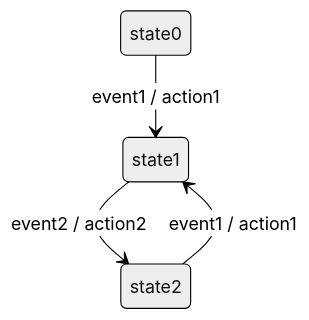
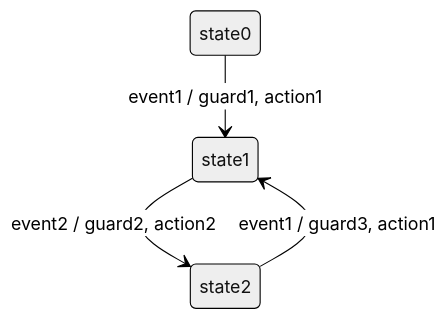
Before and after one commit to xorz57/StateMachine: the diagram in README.md, drawn with Mermaid (neutral theme). The commit also changed other lines of this file, not shown here.

````diff
--- a/README.md
+++ b/README.md
@@ -5,6 +7,6 @@
 ```mermaid
 stateDiagram-v2
-    state0 --> state1 : event1 / action1
-    state1 --> state2 : event2 / action2
-    state2 --> state1 : event1 / action1
+    state0 --> state1 : event1 / guard1, action1
+    state1 --> state2 : event2 / guard2, action2
+    state2 --> state1 : event1 / guard3, action1
 ```
````
